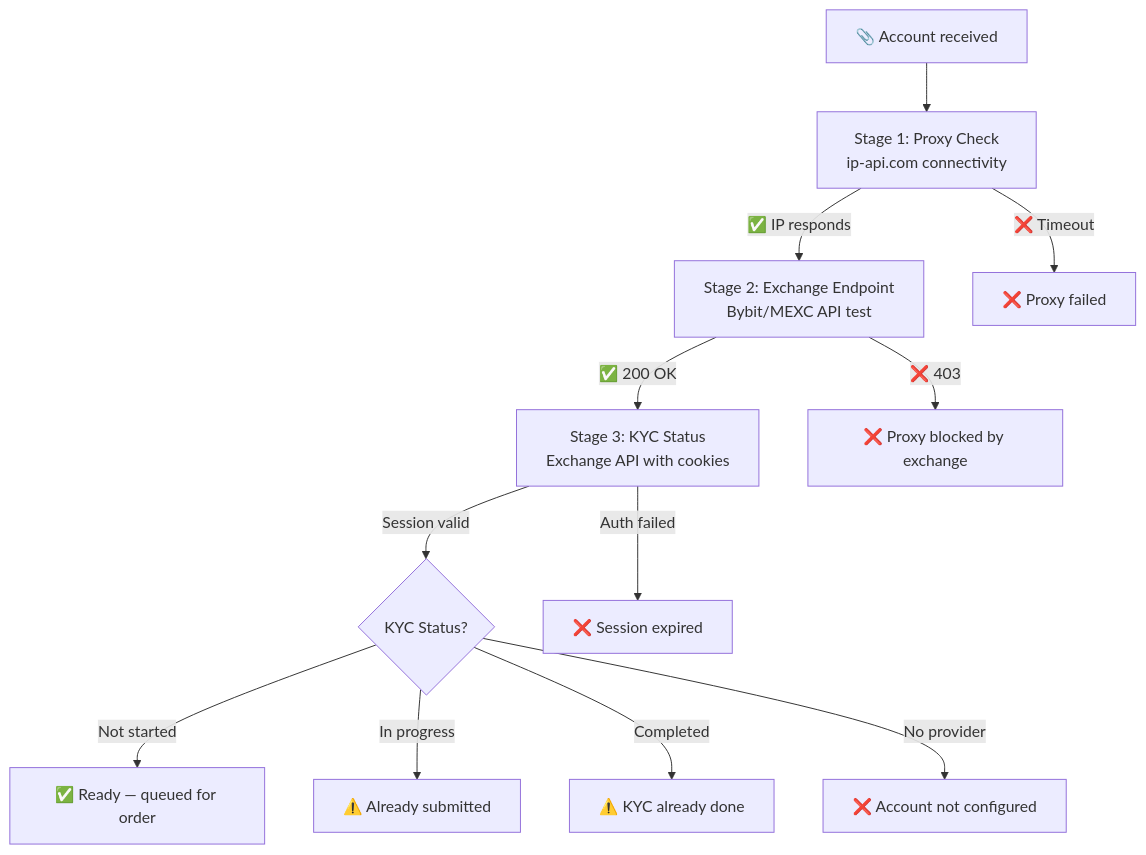
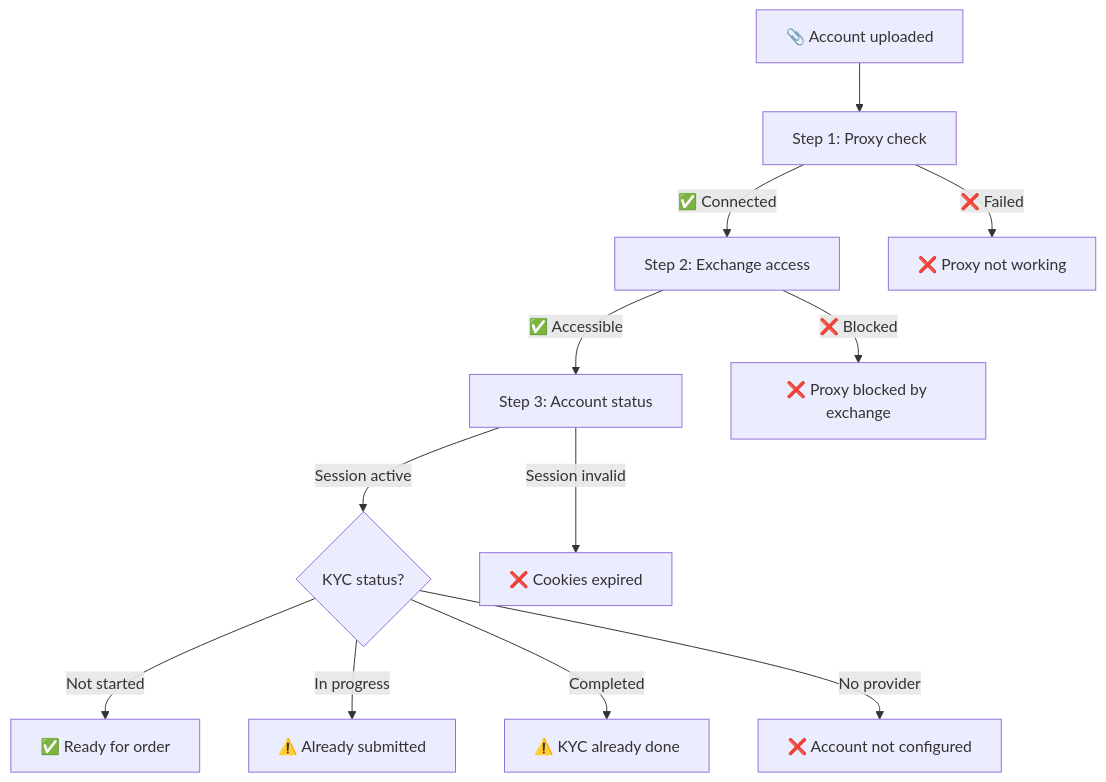
Before and after one commit to AutoPilotSoftware/docs: the third of 8 diagrams in src/content/docs/en/pilot-faq.md, drawn with Mermaid. The commit also changed other lines of this file and 2 other files, not shown here.

First line of the commit message:
Simplify and localize all pilot-faq diagrams across RU/EN/UA

````diff
--- a/src/content/docs/en/pilot-faq.md
+++ b/src/content/docs/en/pilot-faq.md
@@ -219,18 +215,18 @@
 ```mermaid
 flowchart TD
-    A["📎 Account received"] --> B["Stage 1: Proxy Check\nip-api.com connectivity"]
+    A["📎 Account uploaded"] --> B["Step 1: Proxy check"]
 
-    B -->|"✅ IP responds"| C["Stage 2: Exchange Endpoint\nBybit/MEXC API test"]
-    B -->|"❌ Timeout"| X1["❌ Proxy failed"]
+    B -->|"✅ Connected"| C["Step 2: Exchange access"]
+    B -->|"❌ Failed"| X1["❌ Proxy not working"]
 
-    C -->|"✅ 200 OK"| D["Stage 3: KYC Status\nExchange API with cookies"]
-    C -->|"❌ 403"| X2["❌ Proxy blocked by exchange"]
+    C -->|"✅ Accessible"| D["Step 3: Account status"]
+    C -->|"❌ Blocked"| X2["❌ Proxy blocked by exchange"]
 
-    D -->|"Session valid"| E{"KYC Status?"}
-    D -->|"Auth failed"| X3["❌ Session expired"]
+    D -->|"Session active"| E{"KYC status?"}
+    D -->|"Session invalid"| X3["❌ Cookies expired"]
 
-    E -->|"Not started"| F["✅ Ready — queued for order"]
+    E -->|"Not started"| F["✅ Ready for order"]
     E -->|"In progress"| G["⚠️ Already submitted"]
     E -->|"Completed"| H["⚠️ KYC already done"]
     E -->|"No provider"| X4["❌ Account not configured"]
 ```
````
